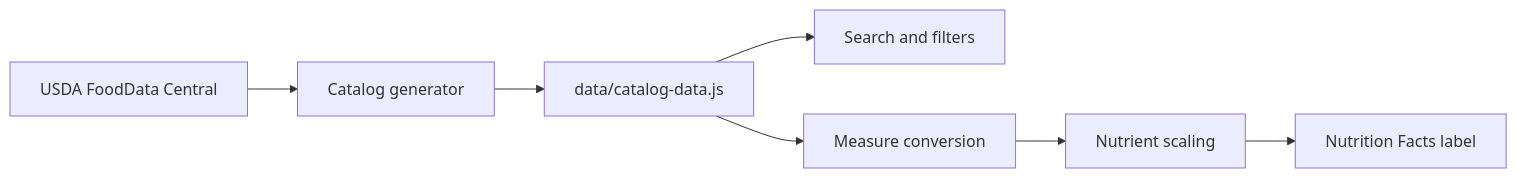
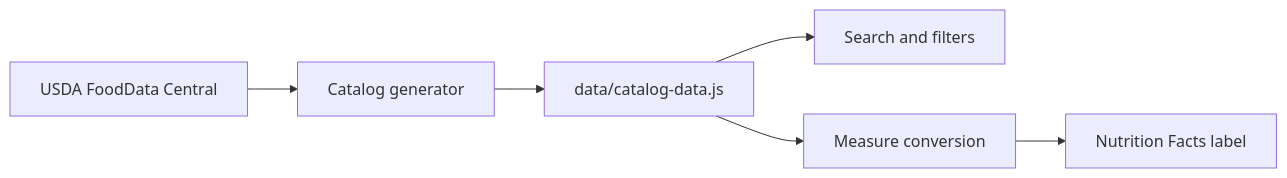
One commit to kaushik-3009/nutrition-rolodex changed the diagram in README.md. Above: the diagram before and after it, drawn with Mermaid. The commit also changed other lines of this file, not shown here.

````diff
--- a/README.md
+++ b/README.md
@@ -44,9 +33,8 @@
 ```mermaid
 flowchart LR
     A[USDA FoodData Central] --> B[Catalog generator]
     B --> C[data/catalog-data.js]
     C --> D[Search and filters]
     C --> E[Measure conversion]
-    E --> F[Nutrient scaling]
-    F --> G[Nutrition Facts label]
+    E --> F[Nutrition Facts label]
 ```
````
